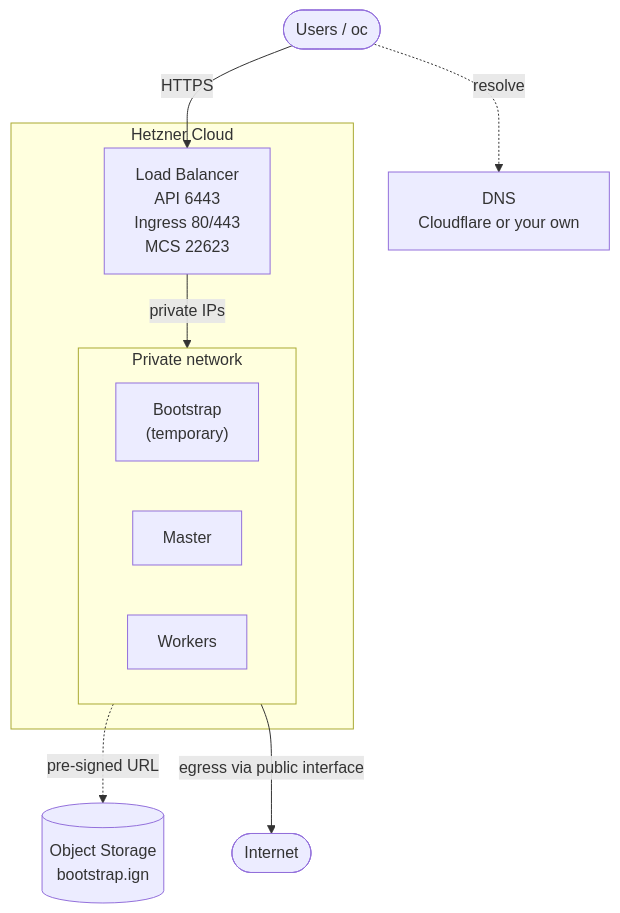
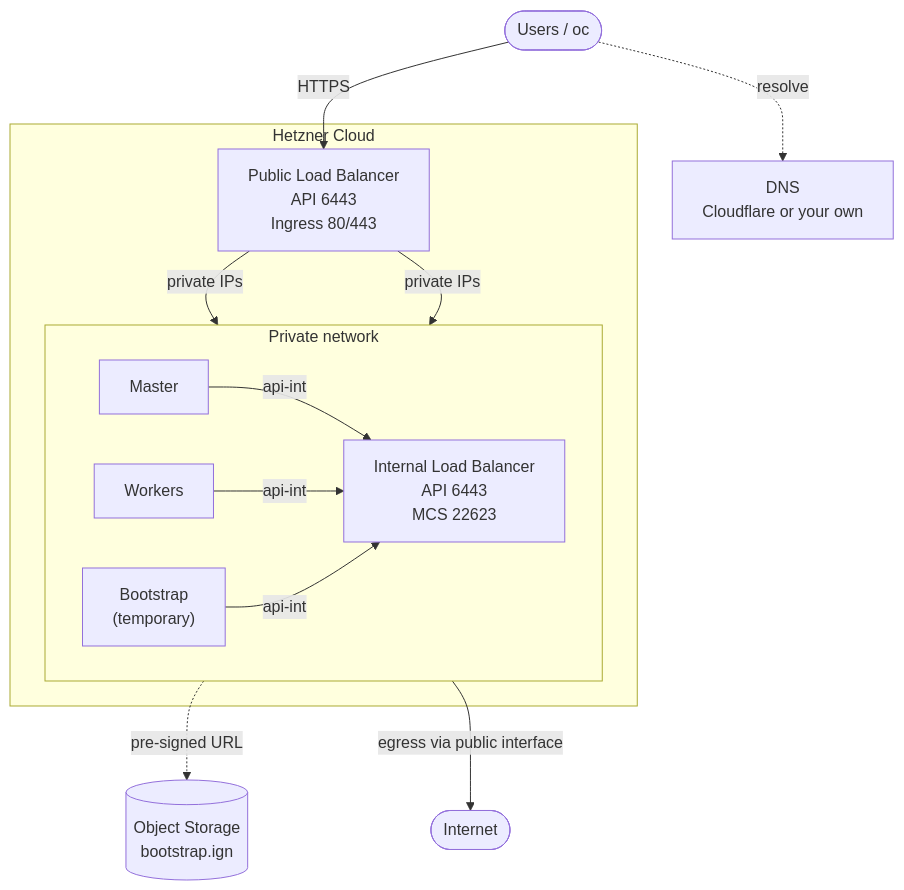
Before and after one commit to slauger/hcloud-okd4: the diagram in README.md, drawn with Mermaid. The commit also changed other lines of this file and 1 other file, not shown here.

Commit message:
docs: describe the internal load balancer

````diff
--- a/README.md
+++ b/README.md
@@ -25,23 +25,25 @@
 ```mermaid
 flowchart TB
   user(["Users / oc"])
   dns["DNS<br/>Cloudflare or your own"]
   internet(["Internet"])
   s3[("Object Storage<br/>bootstrap.ign")]
 
   subgraph hcloud["Hetzner Cloud"]
-    lb["Load Balancer<br/>API 6443<br/>Ingress 80/443<br/>MCS 22623"]
+    lb["Public Load Balancer<br/>API 6443<br/>Ingress 80/443"]
     subgraph net["Private network"]
       direction LR
       bootstrap["Bootstrap<br/>(temporary)"]
       master["Master"]
       workers["Workers"]
+      lbint["Internal Load Balancer<br/>API 6443<br/>MCS 22623"]
     end
   end
 
   user -.->|"resolve"| dns
   user -->|"HTTPS"| lb
-  lb -->|"private IPs"| net
+  lb -->|"private IPs"| master & workers
+  master & workers & bootstrap -->|"api-int"| lbint
   net -->|"egress via public interface"| internet
   bootstrap -.->|"pre-signed URL"| s3
 ```
````
